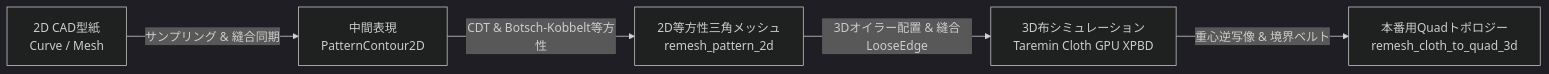
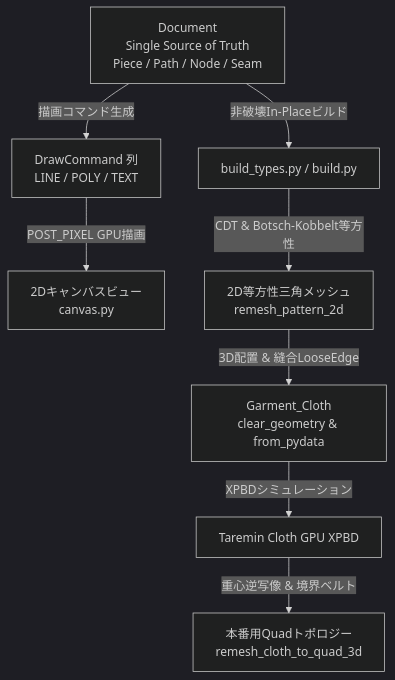
Before and after one commit to Taremin/TareminCloth: diagram 11 of 11 in docs/architecture.md, drawn with Mermaid (dark theme). The commit also changed other lines of this file, not shown here.

Commit message:
docs: Step 1.8 型紙エディタ新アーキテクチャ(Document, 描画コマンド, 非破壊ビルド)をarchitecture.mdに同期

````diff
--- a/docs/architecture.md
+++ b/docs/architecture.md
@@ -1152,7 +1153,10 @@
 ```mermaid
-graph LR
-    CAD[2D CAD型紙<br>Curve / Mesh] -->|サンプリング & 縫合同期| IR[中間表現<br>PatternContour2D]
-    IR -->|CDT & Botsch-Kobbelt等方性| TriMesh[2D等方性三角メッシュ<br>remesh_pattern_2d]
-    TriMesh -->|3Dオイラー配置 & 縫合LooseEdge| SimGarment[3D布シミュレーション<br>Taremin Cloth GPU XPBD]
-    SimGarment -->|重心逆写像 & 境界ベルト| QuadMesh[本番用Quadトポロジー<br>remesh_cloth_to_quad_3d]
+graph TD
+    DOC[Document<br>Single Source of Truth<br>Piece / Path / Node / Seam] -->|描画コマンド生成| RENDER[DrawCommand 列<br>LINE / POLY / TEXT]
+    RENDER -->|POST_PIXEL GPU描画| CANVAS[2Dキャンバスビュー<br>canvas.py]
+    DOC -->|非破壊In-Placeビルド| BUILD[build_types.py / build.py]
+    BUILD -->|CDT & Botsch-Kobbelt等方性| RUST_CDT[2D等方性三角メッシュ<br>remesh_pattern_2d]
+    RUST_CDT -->|3D配置 & 縫合LooseEdge| MESH[Garment_Cloth<br>clear_geometry & from_pydata]
+    MESH -->|XPBDシミュレーション| SIM[Taremin Cloth GPU XPBD]
+    SIM -->|重心逆写像 & 境界ベルト| QUAD[本番用Quadトポロジー<br>remesh_cloth_to_quad_3d]
 ```
````
